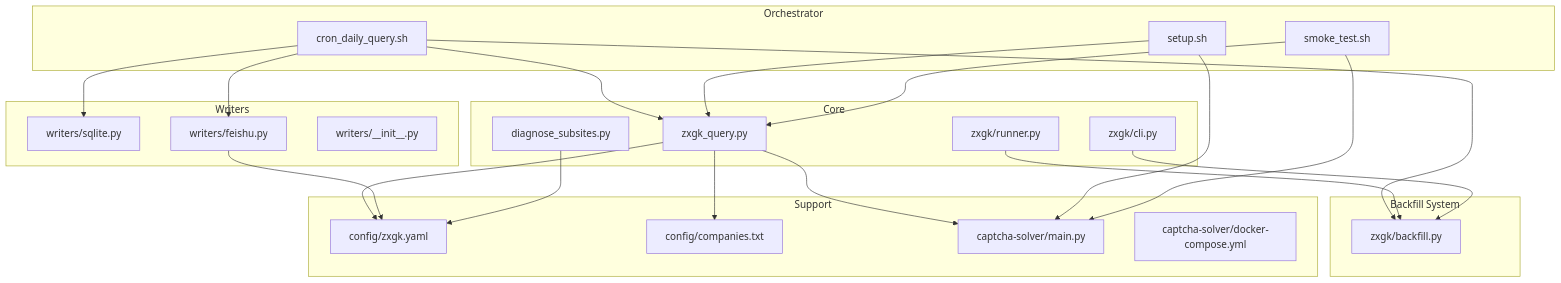
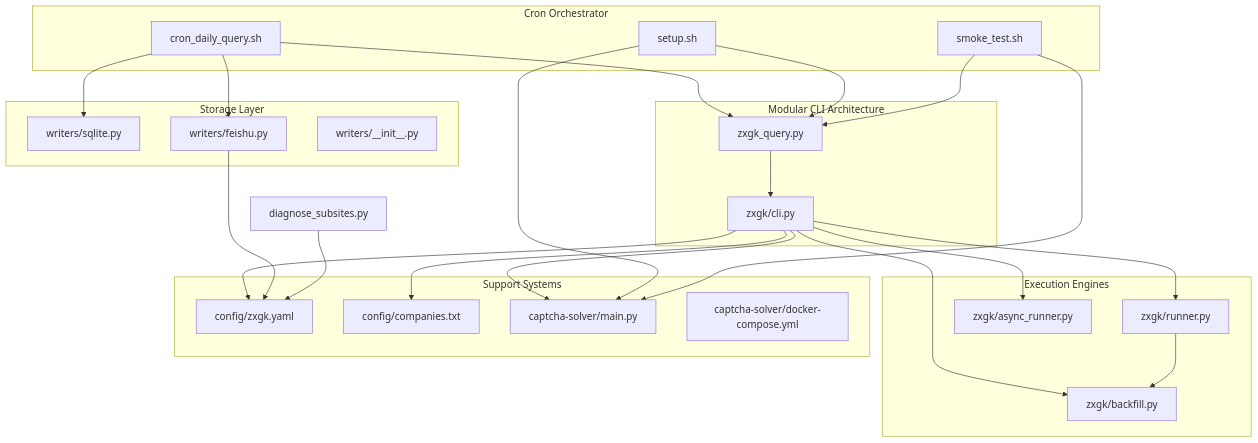
The first of 6 diagrams in .qoder/repowiki/en/content/Daily Workflow Orchestration.md (supotato-ipj/zxgk_auto_query-skill), drawn with Mermaid before and after one commit. The commit also changed other lines of this file and 19 other files, not shown here.

````diff
--- a/.qoder/repowiki/en/content/Daily Workflow Orchestration.md
+++ b/.qoder/repowiki/en/content/Daily Workflow Orchestration.md
@@ -57,43 +59,45 @@
 ```mermaid
 graph TB
-subgraph "Orchestrator"
+subgraph "Cron Orchestrator"
 CRON["cron_daily_query.sh"]
 SETUP["setup.sh"]
 SMOKE["smoke_test.sh"]
 end
-subgraph "Core"
-ZHQ["zxgk_query.py"]
-DIAG["diagnose_subsites.py"]
-RUNNER["zxgk/runner.py"]
+subgraph "Modular CLI Architecture"
+ENTRY["zxgk_query.py"]
 CLI["zxgk/cli.py"]
 end
-subgraph "Backfill System"
+subgraph "Execution Engines"
+RUNNER["zxgk/runner.py"]
+ASYNC["zxgk/async_runner.py"]
 BACKFILL["zxgk/backfill.py"]
 end
-subgraph "Writers"
+subgraph "Storage Layer"
 WSQL["writers/sqlite.py"]
 WFS["writers/feishu.py"]
 WIDX["writers/__init__.py"]
 end
-subgraph "Support"
+subgraph "Support Systems"
 CFG["config/zxgk.yaml"]
 COMPS["config/companies.txt"]
 CAP["captcha-solver/main.py"]
 DOCK["captcha-solver/docker-compose.yml"]
 end
-CRON --> ZHQ
+CRON --> ENTRY
+ENTRY --> CLI
+CLI --> RUNNER
+CLI --> ASYNC
+CLI --> BACKFILL
 CRON --> WSQL
 CRON --> WFS
-CRON --> BACKFILL
-ZHQ --> CAP
-ZHQ --> CFG
-ZHQ --> COMPS
+CLI --> CAP
+CLI --> CFG
+CLI --> COMPS
 RUNNER --> BACKFILL
-CLI --> BACKFILL
 WFS --> CFG
-DIAG --> CFG
+DIAG["diagnose_subsites.py"] --> CFG
 SETUP --> CAP
-SETUP --> ZHQ
-SMOKE --> ZHQ
+SETUP --> ENTRY
+SMOKE --> ENTRY
 SMOKE --> CAP
 ```
````
